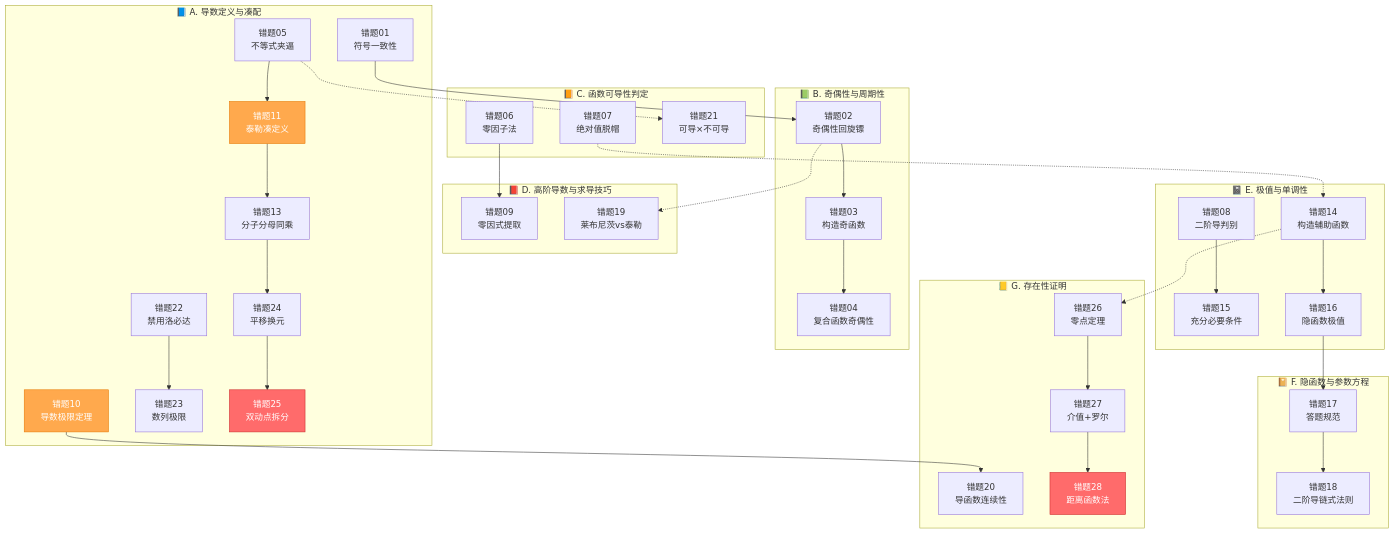
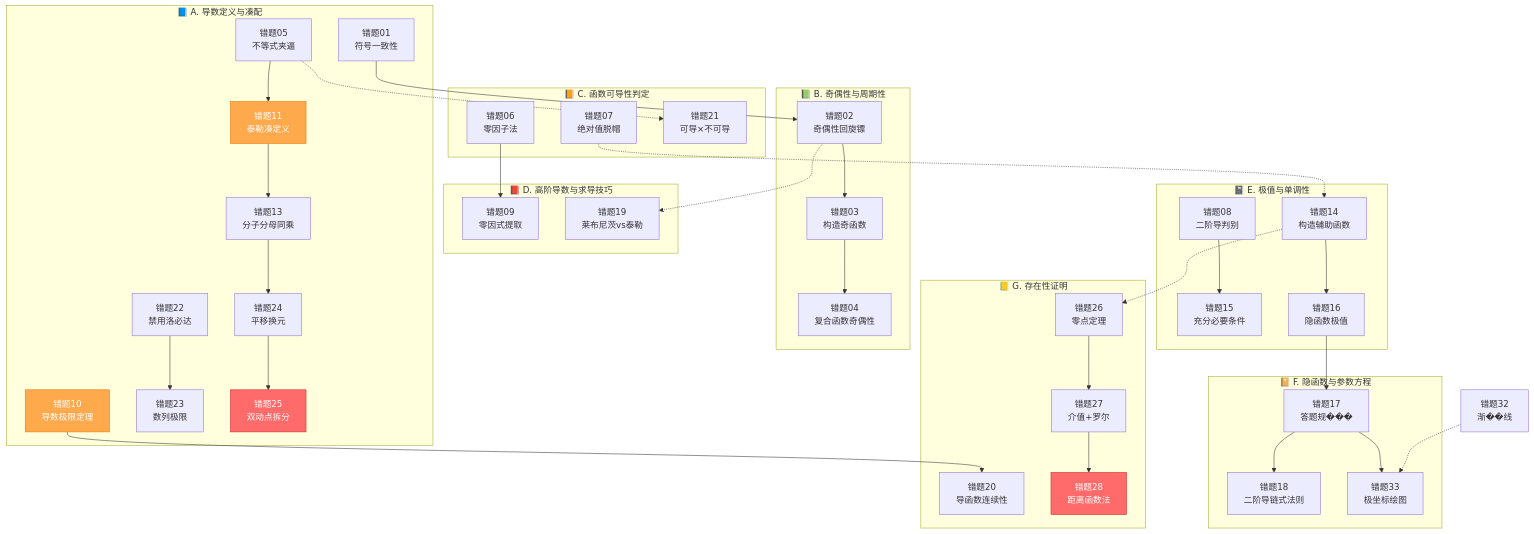
Before and after one commit to Treasoni/kaoyan: the diagram in 考研数学/高数-一元微分学/错题本.md, drawn with Mermaid. The commit also changed other lines of this file and 4 other files, not shown here.

````diff
--- a/考研数学/高数-一元微分学/错题本.md
+++ b/考研数学/高数-一元微分学/错题本.md
@@ -62,79 +63,82 @@
 ```mermaid
 graph TB
     subgraph A["📘 A. 导数定义与凑配"]
         A1[错题01<br/>符号一致性]
         A2[错题05<br/>不等式夹逼]
         A3[错题10<br/>导数极限定理]
         A4[错题11<br/>泰勒凑定义]
         A5[错题13<br/>分子分母同乘]
         A6[错题22<br/>禁用洛必达]
         A7[错题23<br/>数列极限]
         A8[错题24<br/>平移换元]
         A9[错题25<br/>双动点拆分]
     end
 
     subgraph B["📗 B. 奇偶性与周期性"]
         B1[错题02<br/>奇偶性回旋镖]
         B2[错题03<br/>构造奇函数]
         B3[错题04<br/>复合函数奇偶性]
     end
 
     subgraph C["📙 C. 函数可导性判定"]
         C1[错题06<br/>零因子法]
         C2[错题07<br/>绝对值脱帽]
         C3[错题21<br/>可导×不可导]
     end
 
     subgraph D["📕 D. 高阶导数与求导技巧"]
         D1[错题09<br/>零因式提取]
         D2[错题19<br/>莱布尼茨vs泰勒]
     end
 
     subgraph E["📓 E. 极值与单调性"]
         E1[错题08<br/>二阶导判别]
         E2[错题14<br/>构造辅助函数]
         E3[错题15<br/>充分必要条件]
         E4[错题16<br/>隐函数极值]
     end
 
     subgraph F["📔 F. 隐函数与参数方程"]
-        F1[错题17<br/>答题规范]
+        F1[错题17<br/>答题规���]
         F2[错题18<br/>二阶导链式法则]
+        F3[错题33<br/>极坐标绘图]
     end
 
     subgraph G["📒 G. 存在性证明"]
         G1[错题20<br/>导函数连续性]
         G2[错题26<br/>零点定理]
         G3[错题27<br/>介值+罗尔]
         G4[错题28<br/>距离函数法]
     end
 
     %% 核心关联
     A1 --> B1
     A2 --> A4
     A4 --> A5
     A5 --> A8
     A6 --> A7
     A8 --> A9
     B1 --> B2
     B2 --> B3
     C1 --> D1
     A3 --> G1
     E1 --> E3
     E2 --> E4
     F1 --> F2
     E4 --> F1
+    F1 --> F3
     G2 --> G3
     G3 --> G4
 
     %% 跨类关联
     A2 -.-> C3
     B1 -.-> D2
     E2 -.-> G2
     C2 -.-> E2
+    E5[错题32<br/>渐��线] -.-> F3
 
     style A9 fill:#ff6b6b,stroke:#c92a2a,color:#fff
     style G4 fill:#ff6b6b,stroke:#c92a2a,color:#fff
     style A3 fill:#ffa94d,stroke:#e67700,color:#fff
     style A4 fill:#ffa94d,stroke:#e67700,color:#fff
 ```
````
